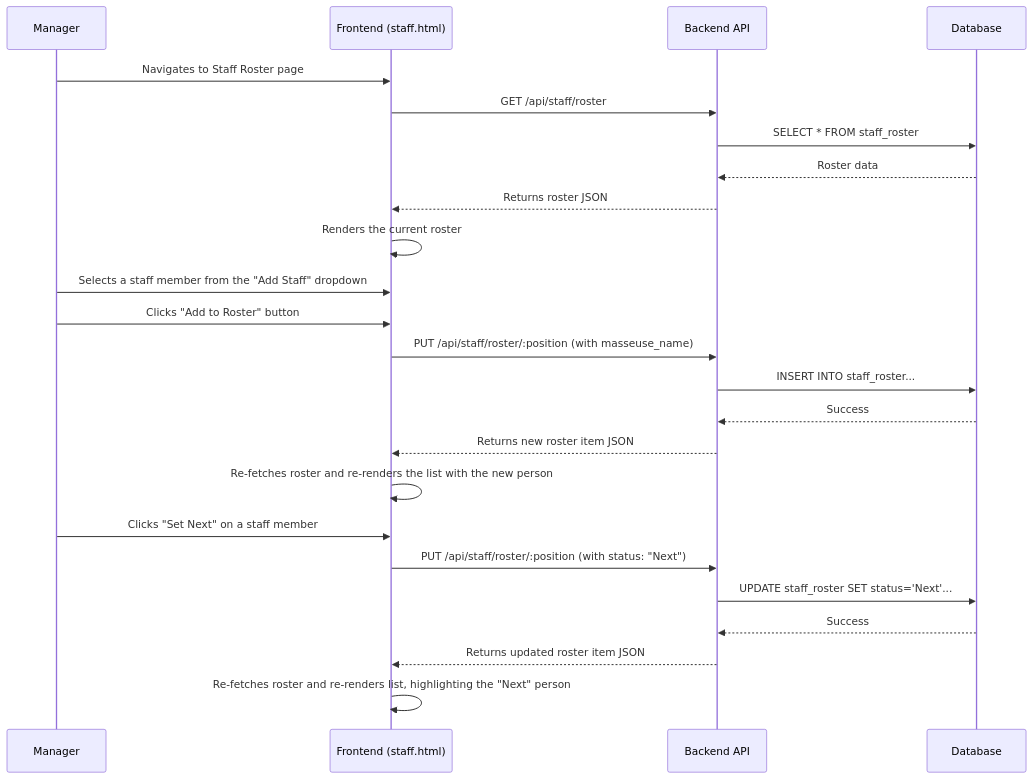
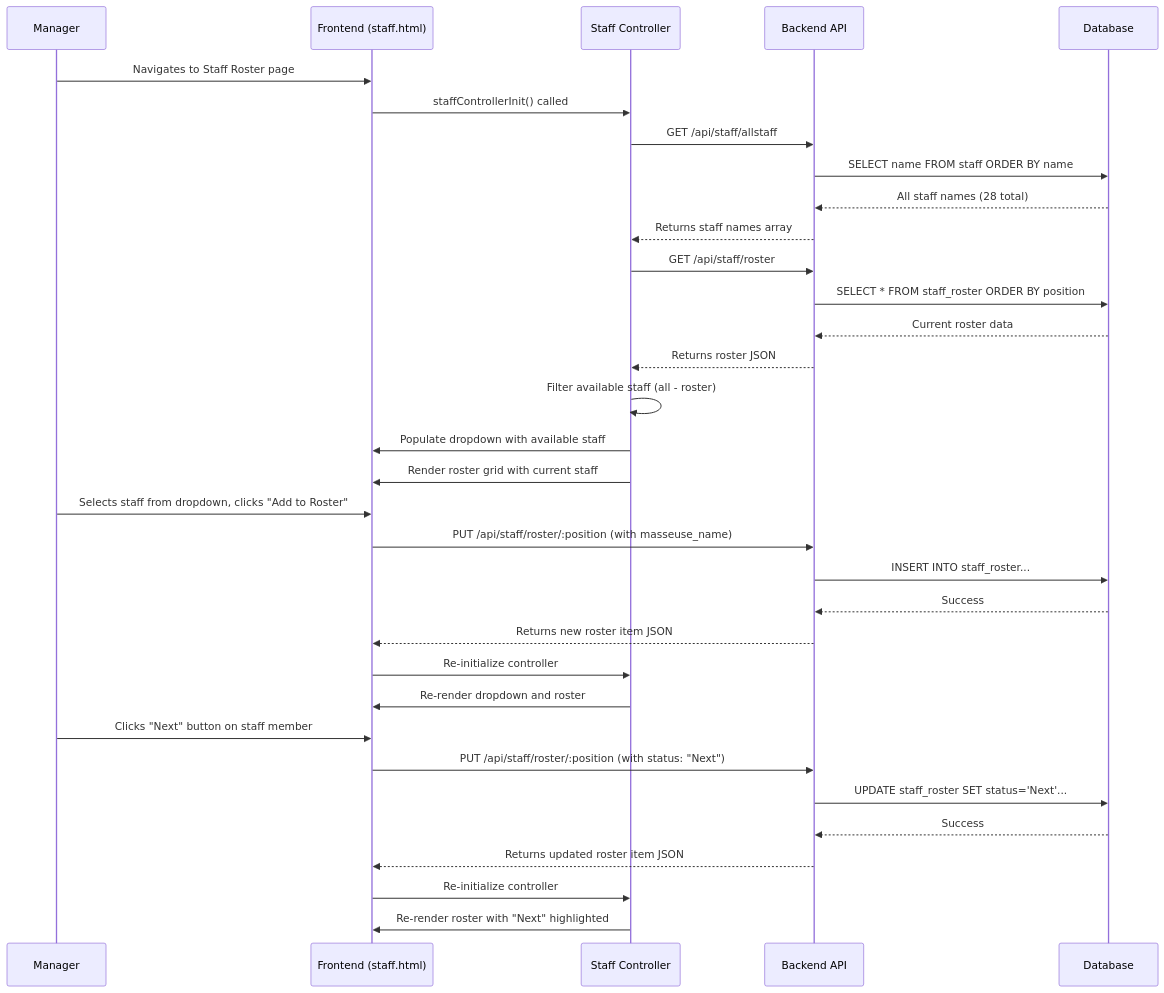
One commit to minipanther555/massage-shop-accounting changed the third of 5 diagrams in 00-project-docs/new-docs/REPOSITORY_CONTEXT.md. Above: the diagram before and after it, drawn with Mermaid. The commit also changed other lines of this file, not shown here.

First line of the commit message:
feat: checkpoint working staff roster state as testing3005

````diff
--- a/00-project-docs/new-docs/REPOSITORY_CONTEXT.md
+++ b/00-project-docs/new-docs/REPOSITORY_CONTEXT.md
@@ -210,30 +212,39 @@
 ```mermaid
 sequenceDiagram
     participant User as Manager
     participant FE as Frontend (staff.html)
+    participant Ctrl as Staff Controller
     participant BE as Backend API
     participant DB as Database
 
     User->>FE: Navigates to Staff Roster page
-    FE->>BE: GET /api/staff/roster
-    BE->>DB: SELECT * FROM staff_roster
-    DB-->>BE: Roster data
-    BE-->>FE: Returns roster JSON
-    FE->>FE: Renders the current roster
+    FE->>Ctrl: staffControllerInit() called
+    Ctrl->>BE: GET /api/staff/allstaff
+    BE->>DB: SELECT name FROM staff ORDER BY name
+    DB-->>BE: All staff names (28 total)
+    BE-->>Ctrl: Returns staff names array
+    Ctrl->>BE: GET /api/staff/roster
+    BE->>DB: SELECT * FROM staff_roster ORDER BY position
+    DB-->>BE: Current roster data
+    BE-->>Ctrl: Returns roster JSON
+    Ctrl->>Ctrl: Filter available staff (all - roster)
+    Ctrl->>FE: Populate dropdown with available staff
+    Ctrl->>FE: Render roster grid with current staff
 
-    User->>FE: Selects a staff member from the "Add Staff" dropdown
-    User->>FE: Clicks "Add to Roster" button
+    User->>FE: Selects staff from dropdown, clicks "Add to Roster"
     FE->>BE: PUT /api/staff/roster/:position (with masseuse_name)
     BE->>DB: INSERT INTO staff_roster...
     DB-->>BE: Success
     BE-->>FE: Returns new roster item JSON
-    FE->>FE: Re-fetches roster and re-renders the list with the new person
+    FE->>Ctrl: Re-initialize controller
+    Ctrl->>FE: Re-render dropdown and roster
 
-    User->>FE: Clicks "Set Next" on a staff member
+    User->>FE: Clicks "Next" button on staff member
     FE->>BE: PUT /api/staff/roster/:position (with status: "Next")
     BE->>DB: UPDATE staff_roster SET status='Next'...
     DB-->>BE: Success
     BE-->>FE: Returns updated roster item JSON
-    FE->>FE: Re-fetches roster and re-renders list, highlighting the "Next" person
+    FE->>Ctrl: Re-initialize controller
+    Ctrl->>FE: Re-render roster with "Next" highlighted
 
 ```
````
